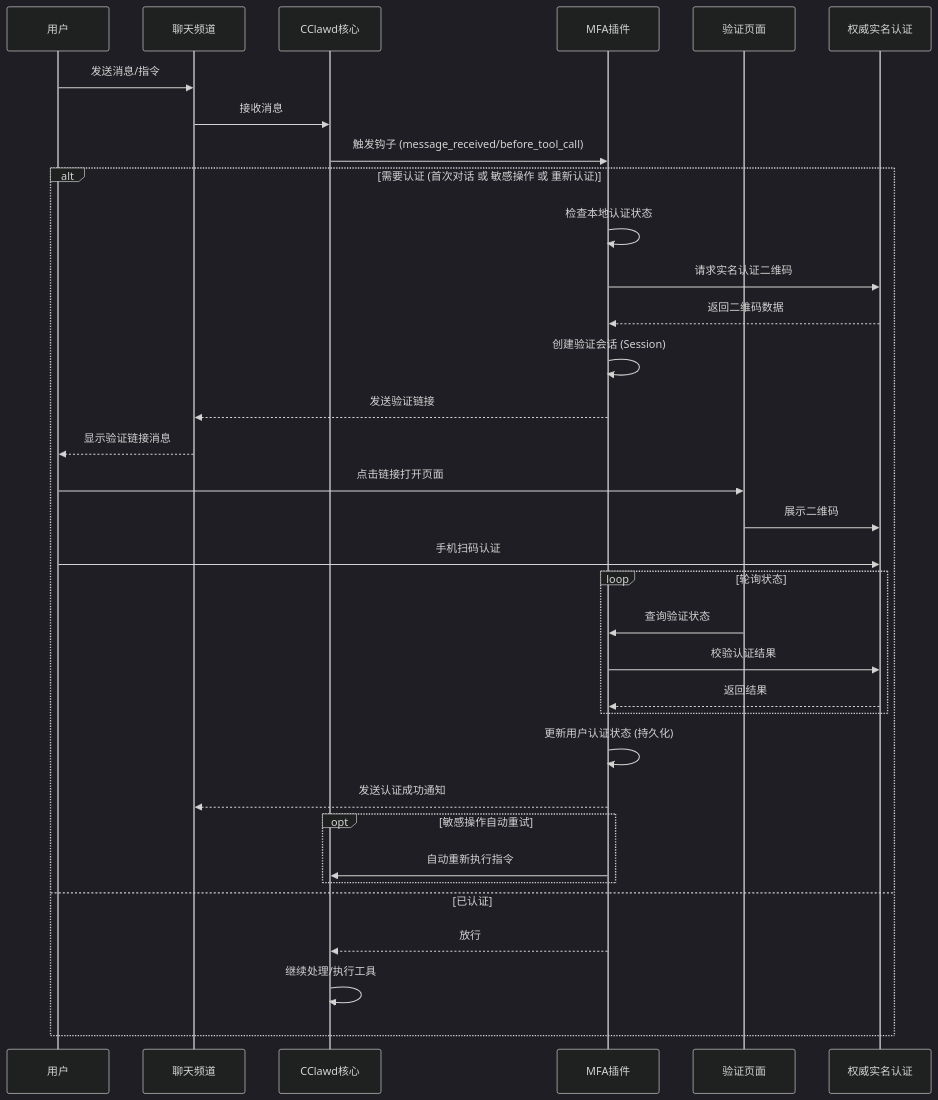
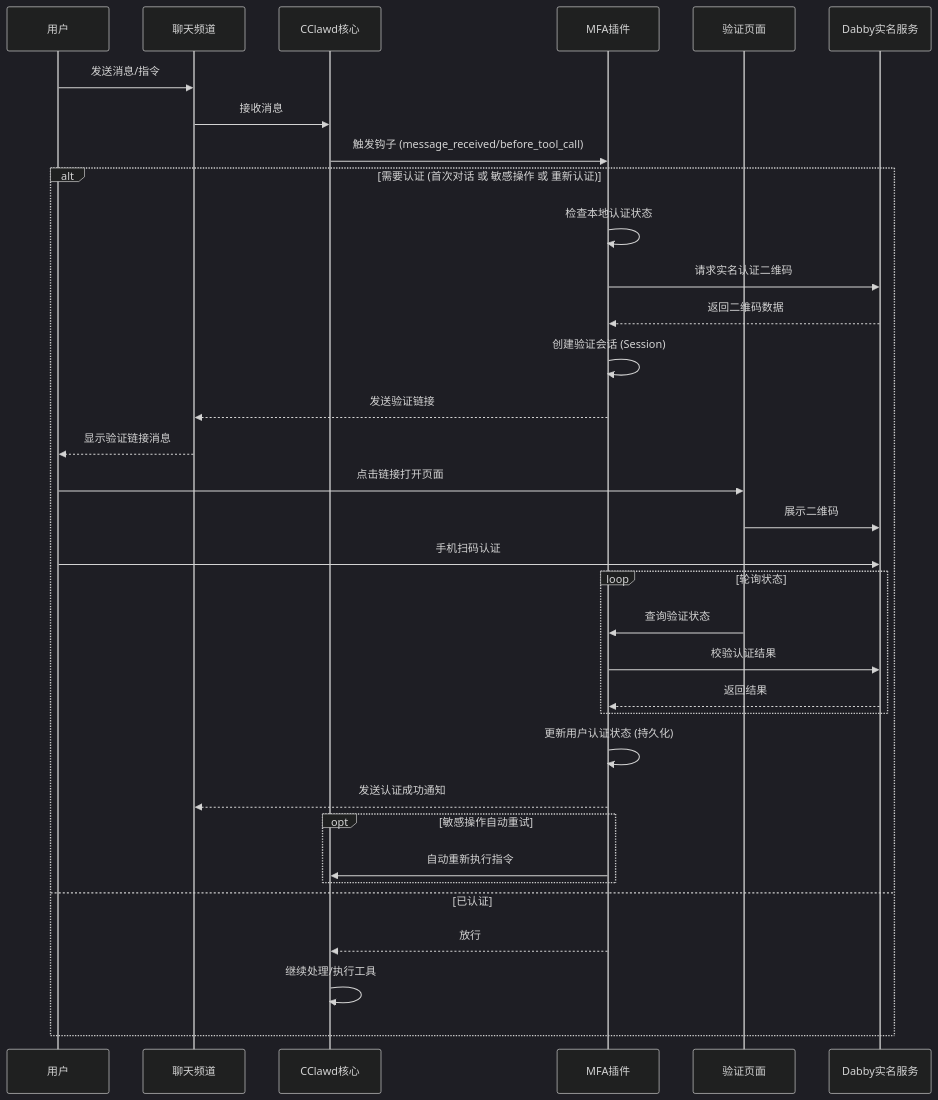
Before and after one commit to xiexikang/openclaw: the diagram in extensions/mfa-auth/CCLAWD-README.md, drawn with Mermaid (dark theme). The commit also changed other lines of this file and 1 other file, not shown here.

````diff
--- a/extensions/mfa-auth/CCLAWD-README.md
+++ b/extensions/mfa-auth/CCLAWD-README.md
@@ -27,42 +29,42 @@
 ```mermaid
 sequenceDiagram
     participant User as 用户
     participant Channel as 聊天频道
     participant CClawd as CClawd核心
     participant Plugin as MFA插件
     participant Browser as 验证页面
-    participant 权威实名认证 as 权威实名认证
+    participant Dabby as Dabby实名服务
 
     User->>Channel: 发送消息/指令
     Channel->>CClawd: 接收消息
     CClawd->>Plugin: 触发钩子 (message_received/before_tool_call)
 
     alt 需要认证 (首次对话 或 敏感操作 或 重新认证)
         Plugin->>Plugin: 检查本地认证状态
-        Plugin->>权威实名认证: 请求实名认证二维码
-        权威实名认证-->>Plugin: 返回二维码数据
+        Plugin->>Dabby: 请求实名认证二维码
+        Dabby-->>Plugin: 返回二维码数据
         Plugin->>Plugin: 创建验证会话 (Session)
         Plugin-->>Channel: 发送验证链接
         Channel-->>User: 显示验证链接消息
 
         User->>Browser: 点击链接打开页面
-        Browser->>权威实名认证: 展示二维码
-        User->>权威实名认证: 手机扫码认证
+        Browser->>Dabby: 展示二维码
+        User->>Dabby: 手机扫码认证
 
         loop 轮询状态
             Browser->>Plugin: 查询验证状态
-            Plugin->>权威实名认证: 校验认证结果
-            权威实名认证-->>Plugin: 返回结果
+            Plugin->>Dabby: 校验认证结果
+            Dabby-->>Plugin: 返回结果
         end
 
         Plugin->>Plugin: 更新用户认证状态 (持久化)
         Plugin-->>Channel: 发送认证成功通知
 
         opt 敏感操作自动重试
             Plugin->>CClawd: 自动重新执行指令
         end
     else 已认证
         Plugin-->>CClawd: 放行
         CClawd->>CClawd: 继续处理/执行工具
     end
 ```
````
